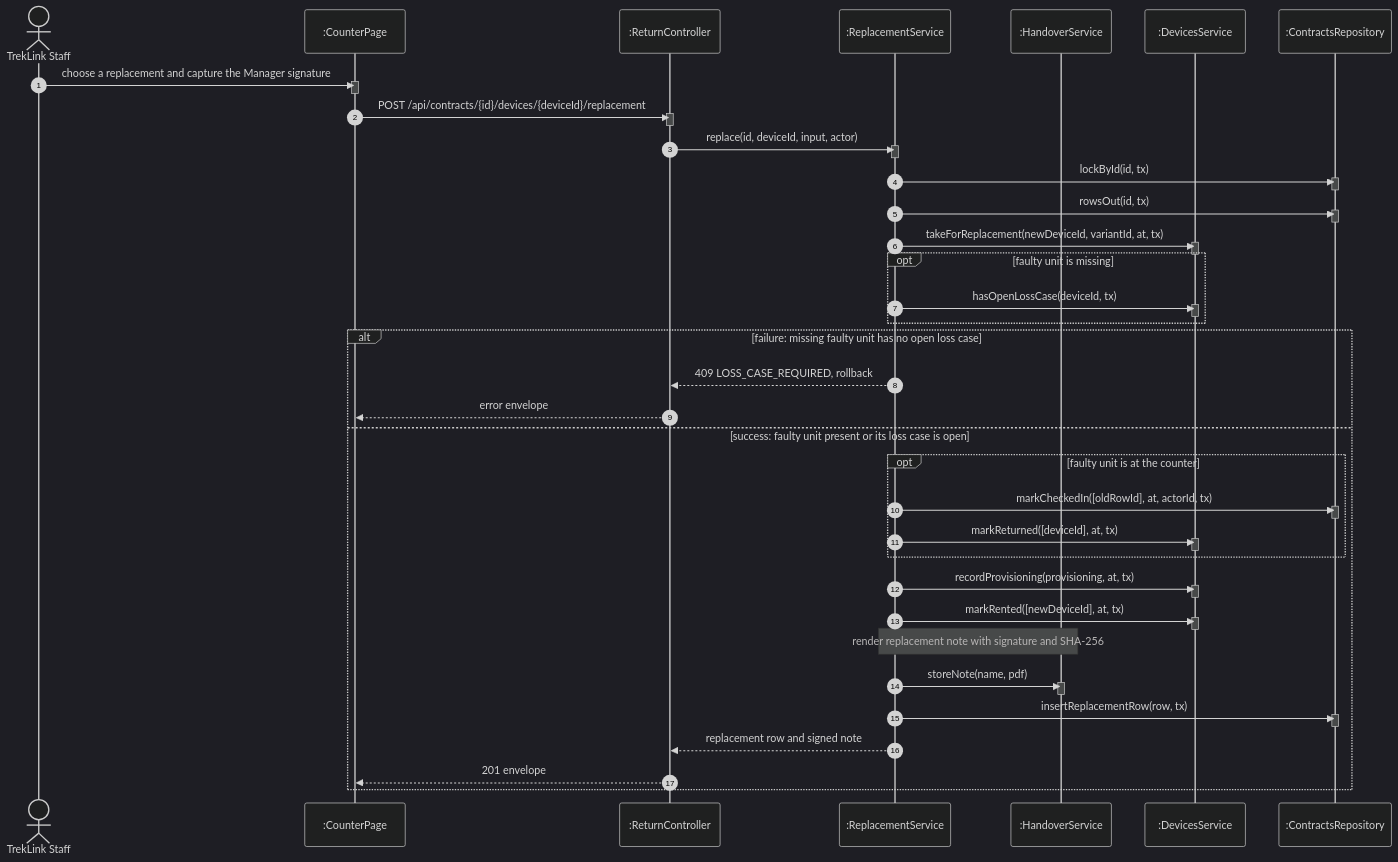
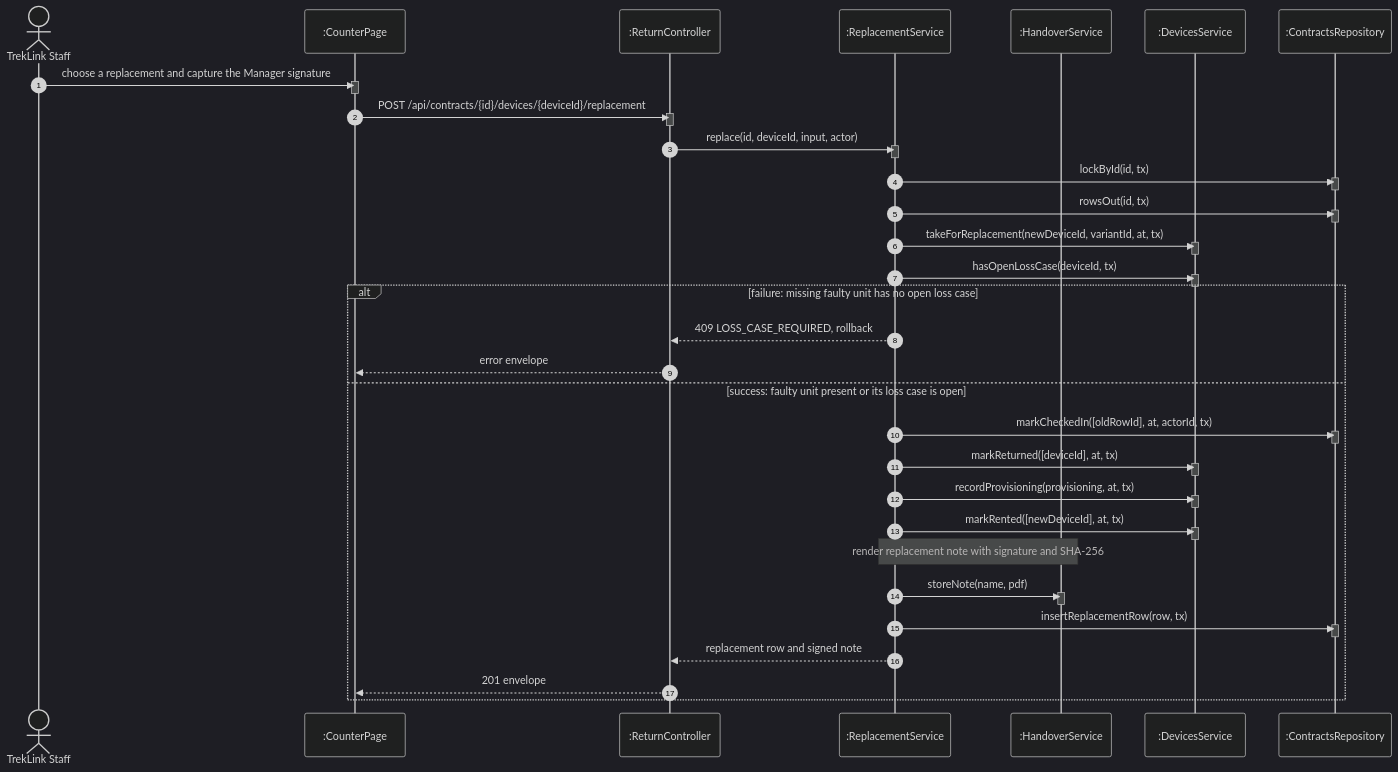
Before and after one commit to TrekLink-Team/treklink-web: diagram 23 of 29 in specs/rentals/design.md, drawn with Mermaid (dark theme). The commit also changed other lines of this file and 2 other files, not shown here.

````diff
--- a/specs/rentals/design.md
+++ b/specs/rentals/design.md
@@ -918,62 +917,58 @@
 ```mermaid
 sequenceDiagram
     autonumber
     actor St as TrekLink Staff
     participant P as :CounterPage
     participant C as :ReturnController
     participant S as :ReplacementService
     participant H as :HandoverService
     participant D as :DevicesService
     participant R as :ContractsRepository
     St->>P: choose a replacement and capture the Manager signature
     activate P
     deactivate P
     P->>C: POST /api/contracts/{id}/devices/{deviceId}/replacement
     activate C
     deactivate C
     C->>S: replace(id, deviceId, input, actor)
     activate S
     deactivate S
     S->>R: lockById(id, tx)
     activate R
     deactivate R
     S->>R: rowsOut(id, tx)
     activate R
     deactivate R
     S->>D: takeForReplacement(newDeviceId, variantId, at, tx)
     activate D
     deactivate D
-    opt faulty unit is missing
-        S->>D: hasOpenLossCase(deviceId, tx)
-        activate D
-        deactivate D
-    end
+    S->>D: hasOpenLossCase(deviceId, tx)
+    activate D
+    deactivate D
     alt failure: missing faulty unit has no open loss case
         S-->>C: 409 LOSS_CASE_REQUIRED, rollback
         C-->>P: error envelope
     else success: faulty unit present or its loss case is open
-        opt faulty unit is at the counter
-            S->>R: markCheckedIn([oldRowId], at, actorId, tx)
-            activate R
-            deactivate R
-            S->>D: markReturned([deviceId], at, tx)
-            activate D
-            deactivate D
-        end
+        S->>R: markCheckedIn([oldRowId], at, actorId, tx)
+        activate R
+        deactivate R
+        S->>D: markReturned([deviceId], at, tx)
+        activate D
+        deactivate D
         S->>D: recordProvisioning(provisioning, at, tx)
         activate D
         deactivate D
         S->>D: markRented([newDeviceId], at, tx)
         activate D
         deactivate D
         Note over S,H: render replacement note with signature and SHA-256
         S->>H: storeNote(name, pdf)
         activate H
         deactivate H
         S->>R: insertReplacementRow(row, tx)
         activate R
         deactivate R
         S-->>C: replacement row and signed note
         C-->>P: 201 envelope
     end
 ```
````
